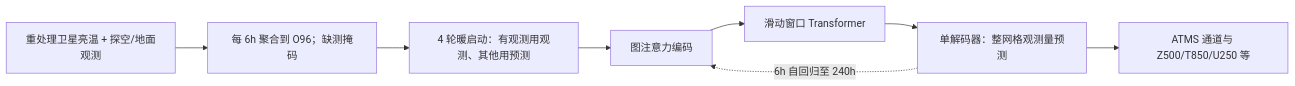
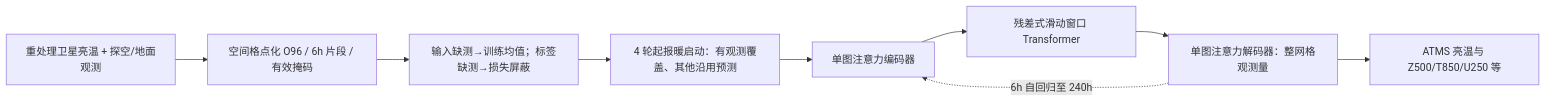
One commit to morestart/weather-dl-paper-notes changed the diagram in notes/medium-range/42-aifs-dop.md. Above: the diagram before and after it, drawn with Mermaid. The commit also changed other lines of this file and 2 other files, not shown here.

````diff
--- a/notes/medium-range/42-aifs-dop.md
+++ b/notes/medium-range/42-aifs-dop.md
@@ -29,10 +45,11 @@
 ```mermaid
 flowchart LR
-  A["重处理卫星亮温 + 探空/地面观测"] --> B["每 6h 聚合到 O96；缺测掩码"]
-  B --> C["4 轮暖启动：有观测用观测、其他用预测"]
-  C --> D["图注意力编码"]
-  D --> E["滑动窗口 Transformer"]
-  E --> F["单解码器：整网格观测量预测"]
-  F -. "6h 自回归至 240h" .-> D
-  F --> G["ATMS 通道与 Z500/T850/U250 等"]
+  A["重处理卫星亮温 + 探空/地面观测"] --> B["空间格点化 O96 / 6h 片段 / 有效掩码"]
+  B --> C["输入缺测→训练均值；标签缺测→损失屏蔽"]
+  C --> D["4 轮起报暖启动：有观测覆盖、其他沿用预测"]
+  D --> E["单图注意力编码器"]
+  E --> F["残差式滑动窗口 Transformer"]
+  F --> G["单图注意力解码器：整网格观测量"]
+  G -. "6h 自回归至 240h" .-> E
+  G --> H["ATMS 亮温与 Z500/T850/U250 等"]
 ```
````
